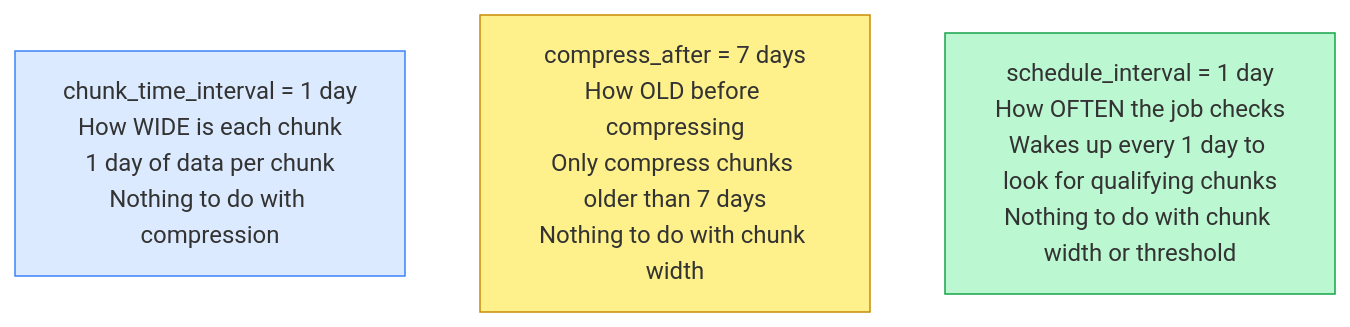
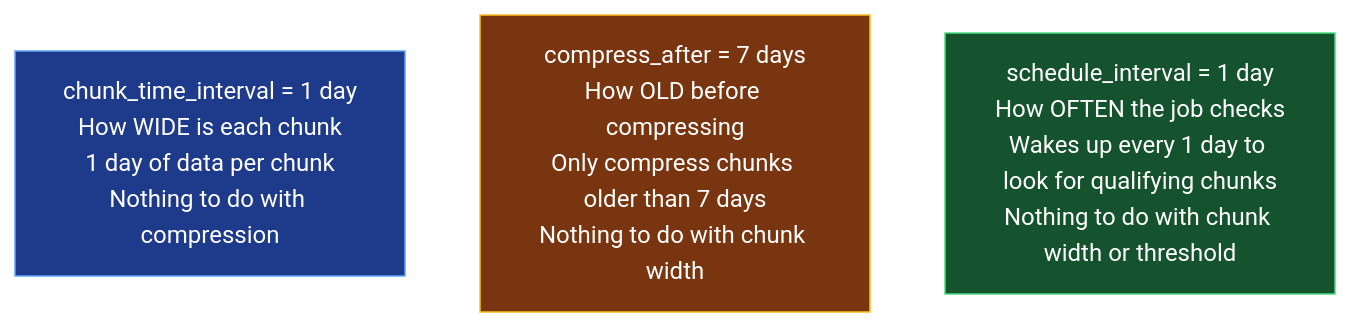
The fifth of 8 diagrams in DB/TimeScaleDb.md (mjameer/RareLearning), drawn with Mermaid before and after one commit. The commit also changed other lines of this file, not shown here.

````diff
--- a/DB/TimeScaleDb.md
+++ b/DB/TimeScaleDb.md
@@ -466,10 +466,10 @@
 ```mermaid
 graph TD
     S1["chunk_time_interval = 1 day\nHow WIDE is each chunk\n1 day of data per chunk\nNothing to do with compression"]
     S2["compress_after = 7 days\nHow OLD before compressing\nOnly compress chunks older than 7 days\nNothing to do with chunk width"]
     S3["schedule_interval = 1 day\nHow OFTEN the job checks\nWakes up every 1 day to look for qualifying chunks\nNothing to do with chunk width or threshold"]
 
-    style S1 fill:#dbeafe,stroke:#3b82f6
-    style S2 fill:#fef08a,stroke:#ca8a04
-    style S3 fill:#bbf7d0,stroke:#16a34a
+    style S1 fill:#1e3a8a,stroke:#60a5fa,color:#ffffff
+    style S2 fill:#78350f,stroke:#fbbf24,color:#ffffff
+    style S3 fill:#14532d,stroke:#4ade80,color:#ffffff
 ```
````
